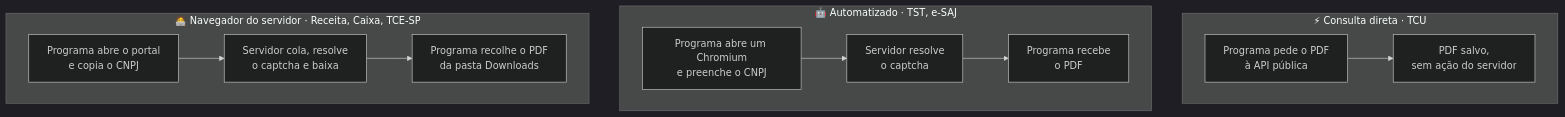
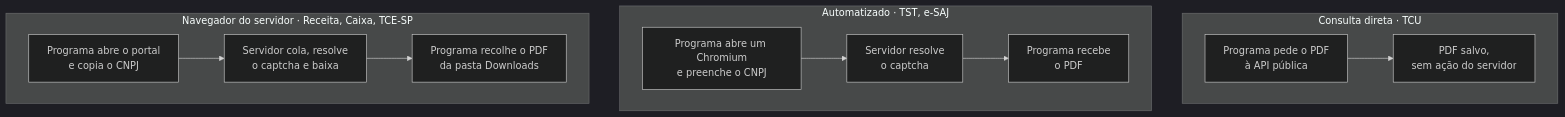
The diagram in README.md (maia-andre/licita_certidoes), drawn with Mermaid (dark theme) before and after one commit. The commit also changed other lines of this file and 6 other files, not shown here.

````diff
--- a/README.md
+++ b/README.md
@@ -103,12 +63,12 @@
 ```mermaid
 flowchart TB
-    subgraph D["⚡ Consulta direta · TCU"]
+    subgraph D["Consulta direta · TCU"]
         D1[Programa pede o PDF<br/>à API pública] --> D2[PDF salvo,<br/>sem ação do servidor]
     end
-    subgraph A["🤖 Automatizado · TST, e-SAJ"]
+    subgraph A["Automatizado · TST, e-SAJ"]
         A1[Programa abre um Chromium<br/>e preenche o CNPJ] --> A2[Servidor resolve<br/>o captcha] --> A3[Programa recebe<br/>o PDF]
     end
-    subgraph N["🧑‍💻 Navegador do servidor · Receita, Caixa, TCE-SP"]
+    subgraph N["Navegador do servidor · Receita, Caixa, TCE-SP"]
         N1[Programa abre o portal<br/>e copia o CNPJ] --> N2[Servidor cola, resolve<br/>o captcha e baixa] --> N3[Programa recolhe o PDF<br/>da pasta Downloads]
     end
 ```
````
